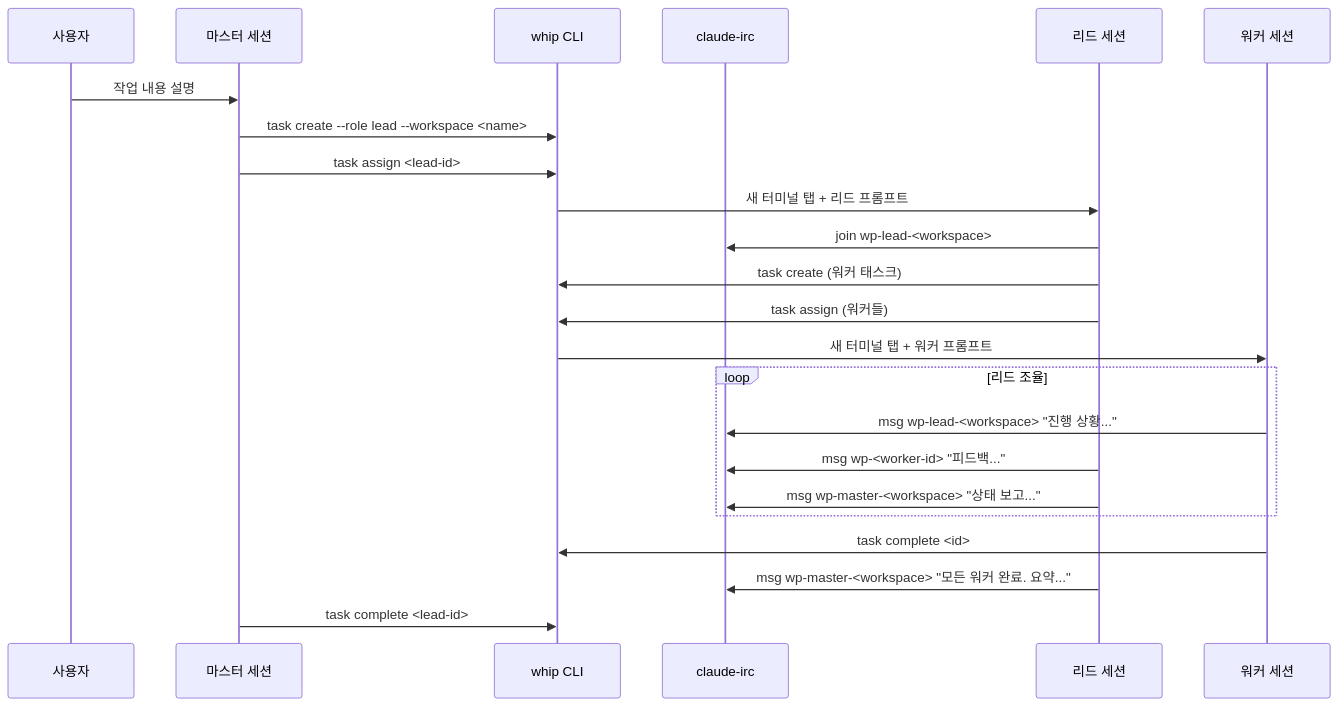
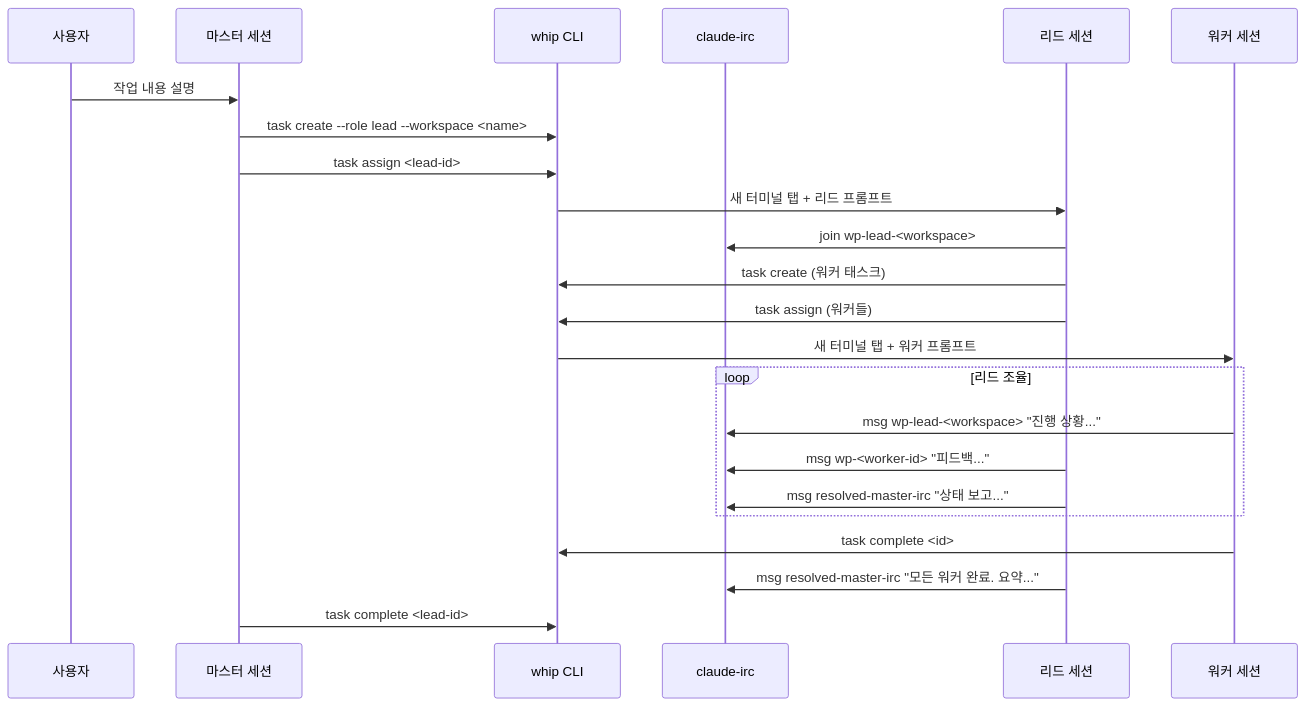
The second of 4 diagrams in whip/docs/workflow-ko.md (DongGukMon/ai-tools), drawn with Mermaid before and after one commit. The commit also changed other lines of this file and 13 other files, not shown here.

Commit message:
feat: improve whip master IRC coordination

````diff
--- a/whip/docs/workflow-ko.md
+++ b/whip/docs/workflow-ko.md
@@ -50,29 +50,29 @@
 ```mermaid
 sequenceDiagram
     participant User as 사용자
     participant Master as 마스터 세션
     participant Whip as whip CLI
     participant IRC as claude-irc
     participant Lead as 리드 세션
     participant Worker as 워커 세션
 
     User->>Master: 작업 내용 설명
     Master->>Whip: task create --role lead --workspace <name>
     Master->>Whip: task assign <lead-id>
     Whip->>Lead: 새 터미널 탭 + 리드 프롬프트
 
     Lead->>IRC: join wp-lead-<workspace>
     Lead->>Whip: task create (워커 태스크)
     Lead->>Whip: task assign (워커들)
     Whip->>Worker: 새 터미널 탭 + 워커 프롬프트
 
     loop 리드 조율
         Worker->>IRC: msg wp-lead-<workspace> "진행 상황..."
         Lead->>IRC: msg wp-<worker-id> "피드백..."
-        Lead->>IRC: msg wp-master-<workspace> "상태 보고..."
+        Lead->>IRC: msg resolved-master-irc "상태 보고..."
     end
 
     Worker->>Whip: task complete <id>
-    Lead->>IRC: msg wp-master-<workspace> "모든 워커 완료. 요약..."
+    Lead->>IRC: msg resolved-master-irc "모든 워커 완료. 요약..."
     Master->>Whip: task complete <lead-id>
 ```
````
